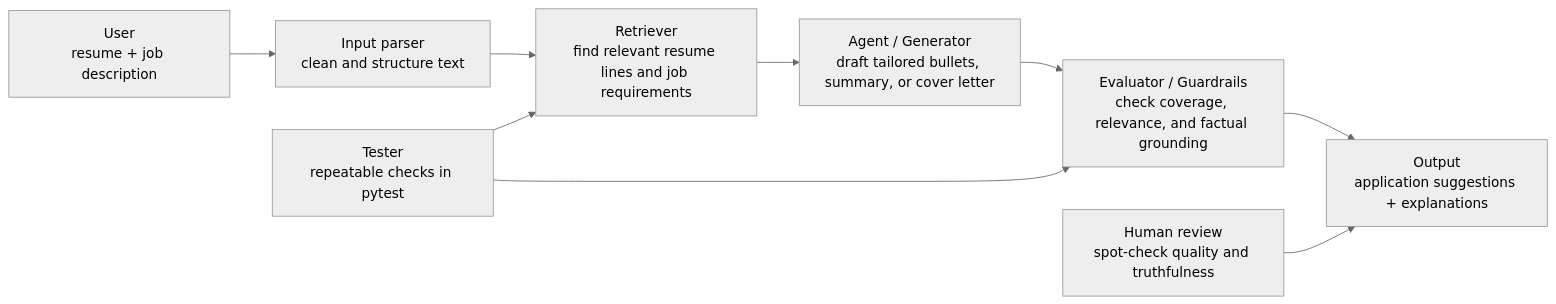
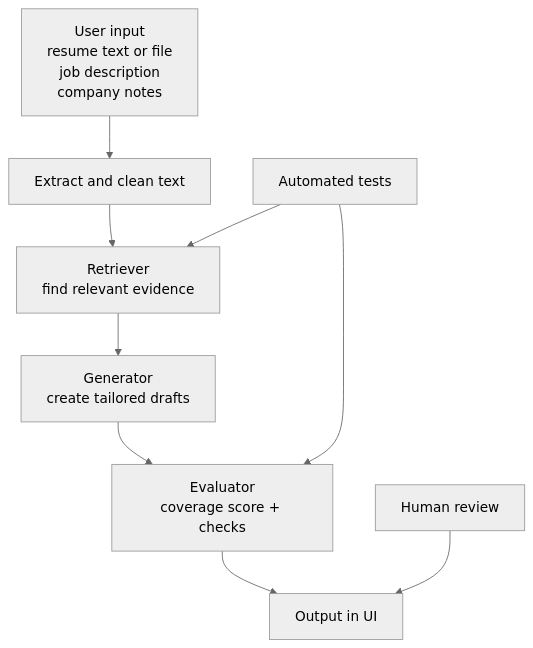
Before and after one commit to HeetJani123/applied-ai-system-project: the diagram in README.md, drawn with Mermaid (neutral theme). The commit also changed other lines of this file, not shown here.

Commit message:
Refactor README to clarify project evolution from Music Recommender to Job Application Copilot; enhance system design and setup instructions for better user guidance.

````diff
--- a/README.md
+++ b/README.md
@@ -23,12 +15,12 @@
 ```mermaid
-flowchart LR
-    U[User<br/>resume + job description] --> P[Input parser<br/>clean and structure text]
-    P --> R[Retriever<br/>find relevant resume lines and job requirements]
-    R --> A[Agent / Generator<br/>draft tailored bullets, summary, or cover letter]
-    A --> E[Evaluator / Guardrails<br/>check coverage, relevance, and factual grounding]
-    E --> O[Output<br/>application suggestions + explanations]
+flowchart TD
+    IN[User input<br/>resume text or file<br/>job description<br/>company notes] --> EX[Extract and clean text]
+    EX --> RET[Retriever<br/>find relevant evidence]
+    RET --> GEN[Generator<br/>create tailored drafts]
+    GEN --> EVAL[Evaluator<br/>coverage score + checks]
+    EVAL --> OUT[Output in UI]
 
-    T[Tester<br/>repeatable checks in pytest] --> R
-    T --> E
-    H[Human review<br/>spot-check quality and truthfulness] --> O
+    TEST[Automated tests] --> RET
+    TEST --> EVAL
+    HUMAN[Human review] --> OUT
 ```
````
